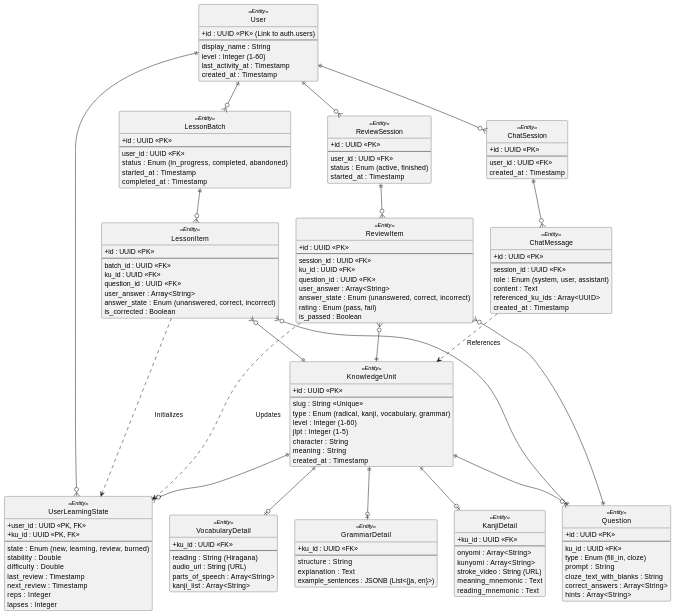
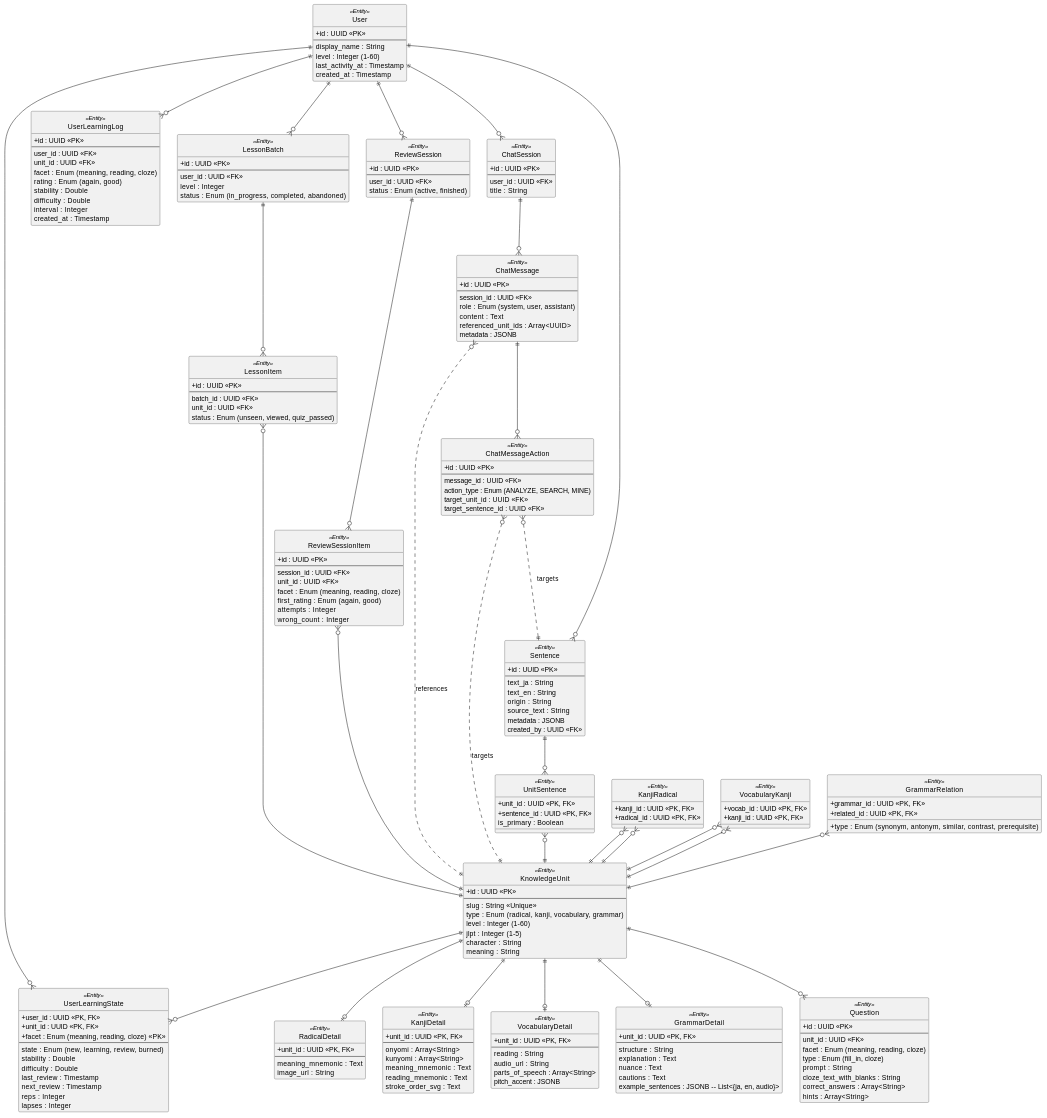
The diagram in docs/er/full-system-er.md (anhtranguyen-github/Hanachan), drawn with PlantUML before and after one commit. The commit also changed other lines of this file and 41 other files, not shown here.

````diff
--- a/docs/er/full-system-er.md
+++ b/docs/er/full-system-er.md
@@ -10,7 +12,7 @@
 ' 1. USER DOMAIN
 ' ==========================================
 class User <<Entity>> {
-  + id : UUID <<PK>> (Link to auth.users)
+  + id : UUID <<PK>>
   --
   display_name : String
   level : Integer (1-60)
@@ -30,34 +32,59 @@
   jlpt : Integer (1-5)
   character : String
   meaning : String
-  created_at : Timestamp
+}
+
+class RadicalDetail <<Entity>> {
+  + unit_id : UUID <<PK, FK>>
+  --
+  meaning_mnemonic : Text
+  image_url : String
 }
 
 class KanjiDetail <<Entity>> {
-  + ku_id : UUID <<FK>>
+  + unit_id : UUID <<PK, FK>>
   --
   onyomi : Array<String>
   kunyomi : Array<String>
-  stroke_video : String (URL)
   meaning_mnemonic : Text
   reading_mnemonic : Text
+  stroke_order_svg : Text
 }
 
 class VocabularyDetail <<Entity>> {
-  + ku_id : UUID <<FK>>
+  + unit_id : UUID <<PK, FK>>
   --
-  reading : String (Hiragana)
-  audio_url : String (URL)
+  reading : String
+  audio_url : String
   parts_of_speech : Array<String>
-  kanji_list : Array<String>
+  pitch_accent : JSONB
 }
 
 class GrammarDetail <<Entity>> {
-  + ku_id : UUID <<FK>>
+  + unit_id : UUID <<PK, FK>>
   --
   structure : String
   explanation : Text
-  example_sentences : JSONB (List<{ja, en}>)
+  nuance : Text
+  cautions : Text
+  example_sentences : JSONB -- List<{ja, en, audio}>
+}
+
+' Bridge Tables (Cross-References)
+class KanjiRadical <<Entity>> {
+  + kanji_id : UUID <<PK, FK>>
+  + radical_id : UUID <<PK, FK>>
+}
+
+class VocabularyKanji <<Entity>> {
+  + vocab_id : UUID <<PK, FK>>
+  + kanji_id : UUID <<PK, FK>>
+}
+
+class GrammarRelation <<Entity>> {
+  + grammar_id : UUID <<PK, FK>>
+  + related_id : UUID <<PK, FK>>
+  + type : Enum (synonym, antonym, similar, contrast, prerequisite)
 }
 
 ' ==========================================
@@ -66,7 +93,8 @@
 class Question <<Entity>> {
   + id : UUID <<PK>>
   --
-  ku_id : UUID <<FK>>
+  unit_id : UUID <<FK>>
+  facet : Enum (meaning, reading, cloze)
   type : Enum (fill_in, cloze)
   prompt : String
   cloze_text_with_blanks : String
@@ -75,54 +103,12 @@
 }
 
 ' ==========================================
-' 4. SESSION DOMAIN
-' ==========================================
-class LessonBatch <<Entity>> {
-  + id : UUID <<PK>>
-  --
-  user_id : UUID <<FK>>
-  status : Enum (in_progress, completed, abandoned)
-  started_at : Timestamp
-  completed_at : Timestamp
-}
-
-class LessonItem <<Entity>> {
-  + id : UUID <<PK>>
-  --
-  batch_id : UUID <<FK>>
-  ku_id : UUID <<FK>>
-  question_id : UUID <<FK>>
-  user_answer : Array<String>
-  answer_state : Enum (unanswered, correct, incorrect)
-  is_corrected : Boolean
-}
-
-class ReviewSession <<Entity>> {
-  + id : UUID <<PK>>
-  --
-  user_id : UUID <<FK>>
-  status : Enum (active, finished)
-  started_at : Timestamp
-}
-
-class ReviewItem <<Entity>> {
-  + id : UUID <<PK>>
-  --
-  session_id : UUID <<FK>>
-  ku_id : UUID <<FK>>
-  question_id : UUID <<FK>>
-  user_answer : Array<String>
-  answer_state : Enum (unanswered, correct, incorrect)
-  rating : Enum (pass, fail)
-  is_passed : Boolean
-}
-
-' ==========================================
-' 5. PROGRESS (FSRS STATE)
+' 4. PROGRESS & LOGGING
 ' ==========================================
 class UserLearningState <<Entity>> {
   + user_id : UUID <<PK, FK>>
-  + ku_id : UUID <<PK, FK>>
+  + unit_id : UUID <<PK, FK>>
+  + facet : Enum (meaning, reading, cloze) <<PK>>
   --
   state : Enum (new, learning, review, burned)
   stability : Double
@@ -133,6 +119,56 @@
   lapses : Integer
 }
 
+class UserLearningLog <<Entity>> {
+  + id : UUID <<PK>>
+  --
+  user_id : UUID <<FK>>
+  unit_id : UUID <<FK>>
+  facet : Enum (meaning, reading, cloze)
+  rating : Enum (again, good)
+  stability : Double
+  difficulty : Double
+  interval : Integer
+  created_at : Timestamp
+}
+
+' ==========================================
+' 5. SESSION DOMAIN
+' ==========================================
+class LessonBatch <<Entity>> {
+  + id : UUID <<PK>>
+  --
+  user_id : UUID <<FK>>
+  level : Integer
+  status : Enum (in_progress, completed, abandoned)
+}
+
+class LessonItem <<Entity>> {
+  + id : UUID <<PK>>
+  --
+  batch_id : UUID <<FK>>
+  unit_id : UUID <<FK>>
+  status : Enum (unseen, viewed, quiz_passed)
+}
+
+class ReviewSession <<Entity>> {
+  + id : UUID <<PK>>
+  --
+  user_id : UUID <<FK>>
+  status : Enum (active, finished)
+}
+
+class ReviewSessionItem <<Entity>> {
+  + id : UUID <<PK>>
+  --
+  session_id : UUID <<FK>>
+  unit_id : UUID <<FK>>
+  facet : Enum (meaning, reading, cloze)
+  first_rating : Enum (again, good)
+  attempts : Integer
+  wrong_count : Integer
+}
+
 ' ==========================================
 ' 6. ASSISTANT DOMAIN
 ' ==========================================
@@ -140,7 +176,7 @@
   + id : UUID <<PK>>
   --
   user_id : UUID <<FK>>
-  created_at : Timestamp
+  title : String
 }
 
 class ChatMessage <<Entity>> {
@@ -149,44 +185,78 @@
   session_id : UUID <<FK>>
   role : Enum (system, user, assistant)
   content : Text
-  referenced_ku_ids : Array<UUID>
-  created_at : Timestamp
+  referenced_unit_ids : Array<UUID>
+  metadata : JSONB
+}
+
+class ChatMessageAction <<Entity>> {
+  + id : UUID <<PK>>
+  --
+  message_id : UUID <<FK>>
+  action_type : Enum (ANALYZE, SEARCH, MINE)
+  target_unit_id : UUID <<FK>>
+  target_sentence_id : UUID <<FK>>
 }
 
 ' ==========================================
-' RELATIONSHIPS
+' 7. SENTENCE DOMAIN
 ' ==========================================
+class Sentence <<Entity>> {
+  + id : UUID <<PK>>
+  --
+  text_ja : String
+  text_en : String
+  origin : String
+  source_text : String
+  metadata : JSONB
+  created_by : UUID <<FK>>
+}
 
-' Content details
+class UnitSentence <<Entity>> {
+  + unit_id : UUID <<PK, FK>>
+  + sentence_id : UUID <<PK, FK>>
+  is_primary : Boolean
+}
+
+' Content Hierarchies
+KnowledgeUnit ||--o| RadicalDetail
 KnowledgeUnit ||--o| KanjiDetail
 KnowledgeUnit ||--o| VocabularyDetail
 KnowledgeUnit ||--o| GrammarDetail
 KnowledgeUnit ||--o{ Question
 
-' Progress State
+' Relationship Bridges
+KanjiRadical }o--|| KnowledgeUnit
+KanjiRadical }o--|| KnowledgeUnit
+VocabularyKanji }o--|| KnowledgeUnit
+VocabularyKanji }o--|| KnowledgeUnit
+GrammarRelation }o--|| KnowledgeUnit
+
+' Progress tracking
 User ||--o{ UserLearningState
+User ||--o{ UserLearningLog
 KnowledgeUnit ||--o{ UserLearningState
 
 ' Sessions
 User ||--o{ LessonBatch
 User ||--o{ ReviewSession
 LessonBatch ||--o{ LessonItem
-ReviewSession ||--o{ ReviewItem
-
-' Session-Content-Question links
+ReviewSession ||--o{ ReviewSessionItem
 LessonItem }o--|| KnowledgeUnit
-LessonItem }o--|| Question
-ReviewItem }o--|| KnowledgeUnit
-ReviewItem }o--|| Question
+ReviewSessionItem }o--|| KnowledgeUnit
 
 ' Assistant
 User ||--o{ ChatSession
 ChatSession ||--o{ ChatMessage
+ChatMessage ||--o{ ChatMessageAction
+ChatMessageAction }o..|| KnowledgeUnit : "targets"
+ChatMessageAction }o..|| Sentence : "targets"
+ChatMessage }o..|| KnowledgeUnit : "references"
 
-' Cross-domain data flow (Logical)
-ReviewItem ..> UserLearningState : "Updates"
-LessonItem ..> UserLearningState : "Initializes"
-ChatMessage ..> KnowledgeUnit : "References"
+' Sentences
+User ||--o{ Sentence
+Sentence ||--o{ UnitSentence
+UnitSentence }o--|| KnowledgeUnit
 
 @enduml
 ```
````
